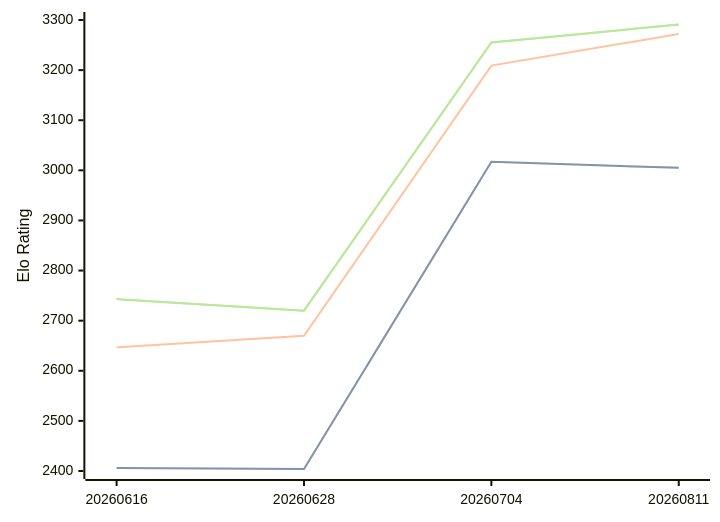
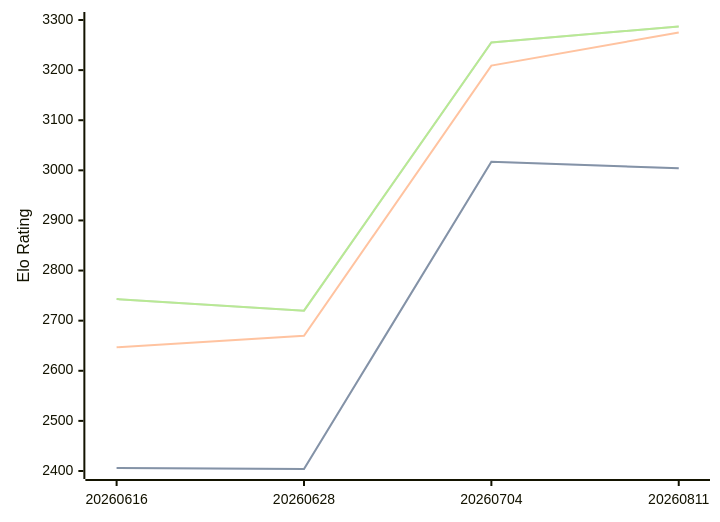
The diagram in engines/Askaig.md (computer-chess-index/cci), drawn with Mermaid before and after one commit. The commit also changed other lines of this file, not shown here.

Commit message:
Update CCI Ratings (ELO VLTC) - 2026-08-31

````diff
--- a/engines/Askaig.md
+++ b/engines/Askaig.md
@@ -36,11 +36,11 @@
 ```mermaid
 %%{init: {"theme":"base","themeVariables":{"seriesColors:['#a3a3a3','#222221','#faa371']}}}%%
 xychart-beta
   x-axis ["20260616", "20260628", "20260704", "20260811"]
   y-axis "Elo Rating" 2400 --> 3300
-  line "" [2406, 2404, 3017, 3005]
-  line "STC (8.0+0.08s)" [2406, 2404, 3017, 3005]
-  line "LTC (60.0+0.60s)" [2647, 2670, 3209, 3272]
-  line "" [2743, 2720, 3255, 3291]
-  line "VLTC (2m24s+1.12s)" [2743, 2720, 3255, 3291]
+  line "" [2406, 2404, 3017, 3004]
+  line "STC (8.0+0.08s)" [2406, 2404, 3017, 3004]
+  line "LTC (60.0+0.60s)" [2647, 2670, 3209, 3275]
+  line "" [2743, 2720, 3255, 3287]
+  line "VLTC (2m24s+1.12s)" [2743, 2720, 3255, 3287]
 ```
````
